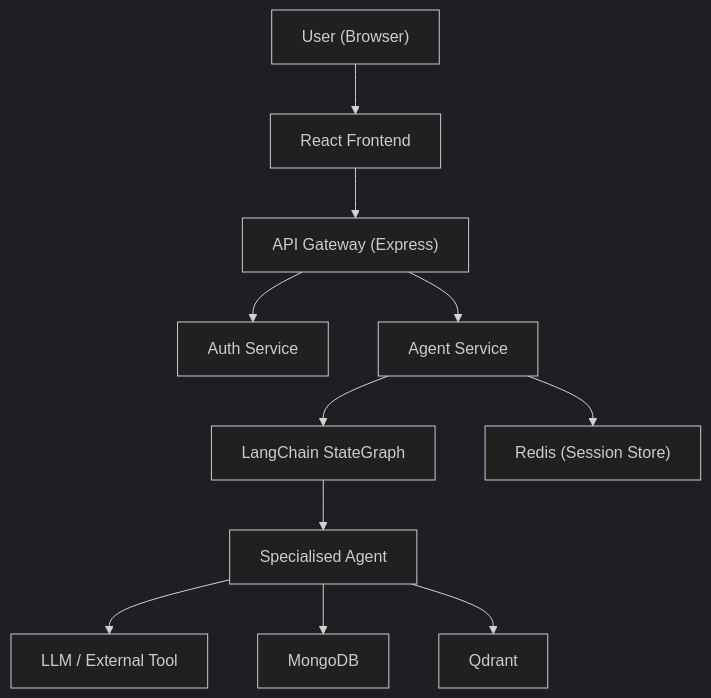
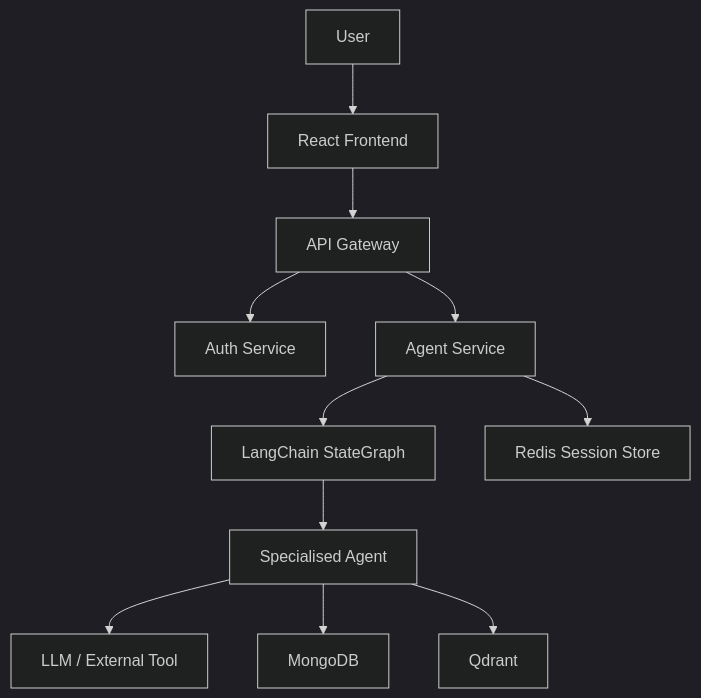
One commit to lucky5111397/omnix changed the first of 2 diagrams in README.md. Above: the diagram before and after it, drawn with Mermaid (dark theme).

````diff
--- a/README.md
+++ b/README.md
@@ -102,13 +102,13 @@
 ```mermaid
 flowchart TD
-    User["User (Browser)"] --> Frontend["React Frontend"]
-    Frontend --> Gateway["API Gateway (Express)"]
-    Gateway --> AuthSrv["Auth Service"]
-    Gateway --> AgentSrv["Agent Service"]
-    AgentSrv --> Graph["LangChain StateGraph"]
-    Graph --> Agent["Specialised Agent"]
-    Agent --> LLM["LLM / External Tool"]
-    Agent --> MongoDB["MongoDB"]
-    Agent --> Vector["Qdrant"]
-    AgentSrv --> Redis["Redis (Session Store)"]
+    U["User"] --> F["React Frontend"]
+    F --> G["API Gateway"]
+    G --> A["Auth Service"]
+    G --> AG["Agent Service"]
+    AG --> S["LangChain StateGraph"]
+    S --> X["Specialised Agent"]
+    X --> L["LLM / External Tool"]
+    X --> M["MongoDB"]
+    X --> Q["Qdrant"]
+    AG --> R["Redis Session Store"]
 ```
````
